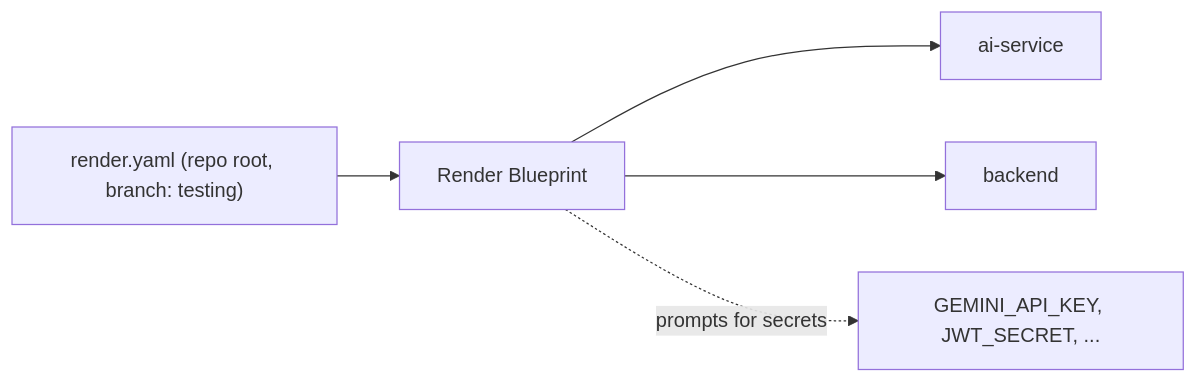
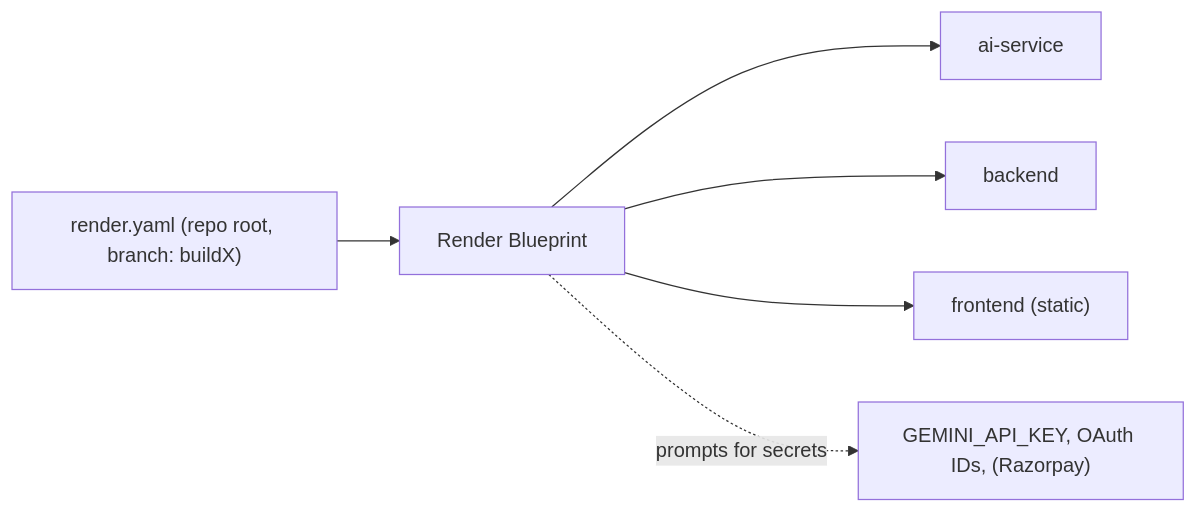
The second of 2 diagrams in docs/specifications/render/01_render_deployment_guide.md (FixFlow-AI/FixFlow-AI-web), drawn with Mermaid before and after one commit. The commit also changed other lines of this file, not shown here.

Commit message:
docs(render): update deployment guide spec for buildX branch and static frontend hosting

````diff
--- a/docs/specifications/render/01_render_deployment_guide.md
+++ b/docs/specifications/render/01_render_deployment_guide.md
@@ -166,7 +162,8 @@
 ```mermaid
 flowchart LR
-    Y["render.yaml (repo root, branch: testing)"] --> BP["Render Blueprint"]
+    Y["render.yaml (repo root, branch: buildX)"] --> BP["Render Blueprint"]
     BP --> S1["ai-service"]
     BP --> S2["backend"]
-    BP -.->|"prompts for secrets"| SEC["GEMINI_API_KEY, JWT_SECRET, ..."]
+    BP --> S3["frontend (static)"]
+    BP -.->|"prompts for secrets"| SEC["GEMINI_API_KEY, OAuth IDs, (Razorpay)"]
 ```
````
